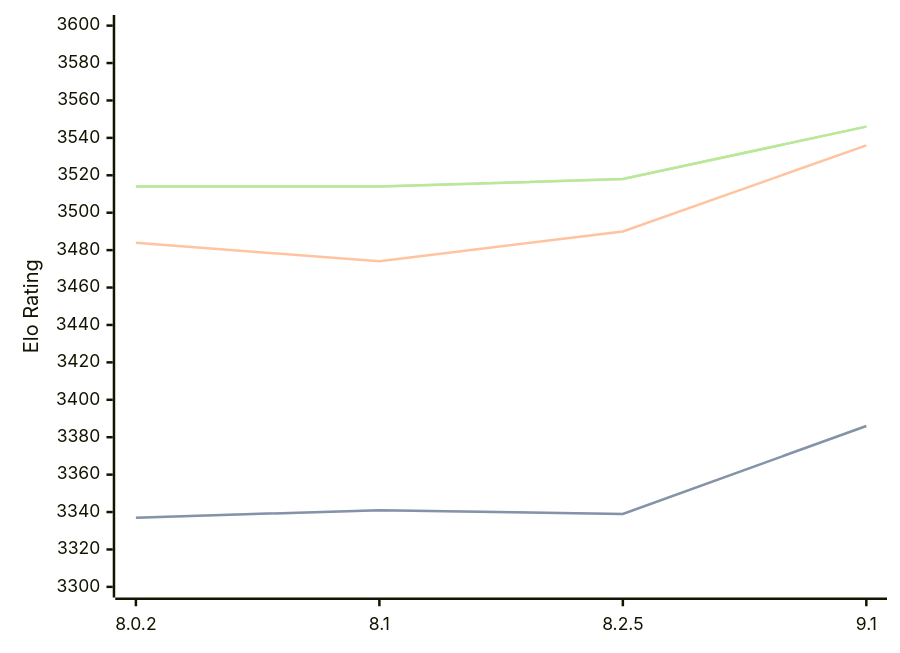
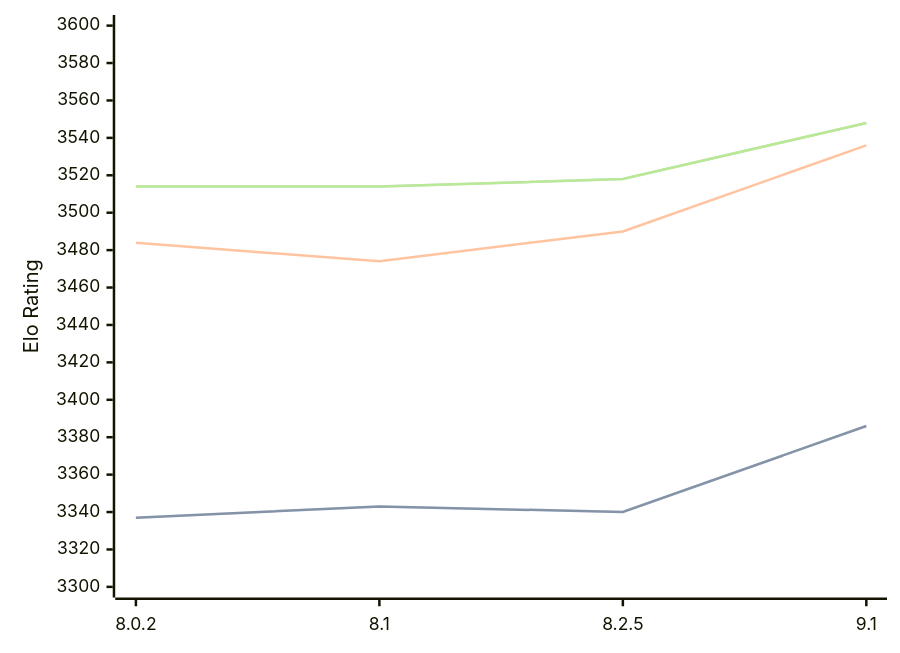
The diagram in engines/Clover.md (computer-chess-index/cci), drawn with Mermaid before and after one commit. The commit also changed other lines of this file, not shown here.

Commit message:
Update CCI Ratings (ELO VLTC) - 2026-08-27

````diff
--- a/engines/Clover.md
+++ b/engines/Clover.md
@@ -35,11 +35,11 @@
 ```mermaid
 %%{init: {"theme":"base","themeVariables":{"seriesColors:['#a3a3a3','#222221','#faa371']}}}%%
 xychart-beta
   x-axis ["8.0.2", "8.1", "8.2.5", "9.1"]
   y-axis "Elo Rating" 3300 --> 3600
-  line "STC (8.0+0.08s)" [3337, 3341, 3339, 3386]
-  line "STC (8.0+0.08s)" [3337, 3341, 3339, 3386]
+  line "STC (8.0+0.08s)" [3337, 3343, 3340, 3386]
+  line "STC (8.0+0.08s)" [3337, 3343, 3340, 3386]
   line "LTC (60.0+0.60s)" [3484, 3474, 3490, 3536]
-  line "VLTC (2m24s+1.12s)" [3514, 3514, 3518, 3546]
-  line "VLTC (2m24s+1.12s)" [3514, 3514, 3518, 3546]
+  line "VLTC (2m24s+1.12s)" [3514, 3514, 3518, 3548]
+  line "VLTC (2m24s+1.12s)" [3514, 3514, 3518, 3548]
 ```
````
